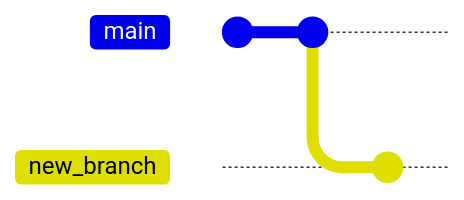
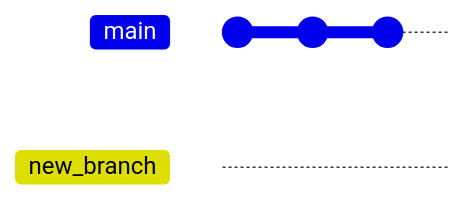
One commit to roodriigoooo/SoftwareDevForBusiness changed the fourth of 4 diagrams in README.md. Above: the diagram before and after it, drawn with Mermaid. Commit ids are hidden.

Commit message:
mermaid branching viz

````diff
--- a/README.md
+++ b/README.md
@@ -159,7 +159,8 @@
 ```mermaid
 gitGraph
 	commit
 	commit
 	branch new_branch
+	checkout main
 	commit
 ```
````
